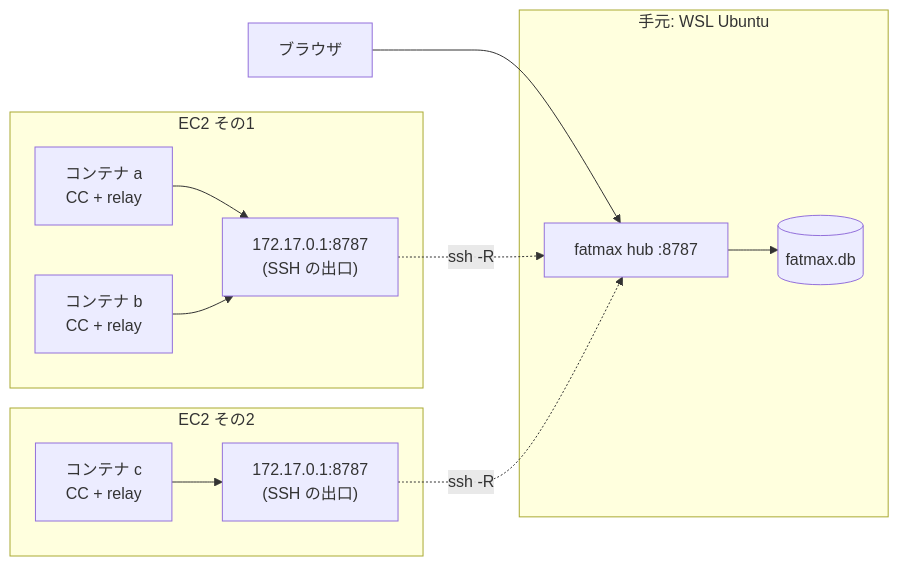
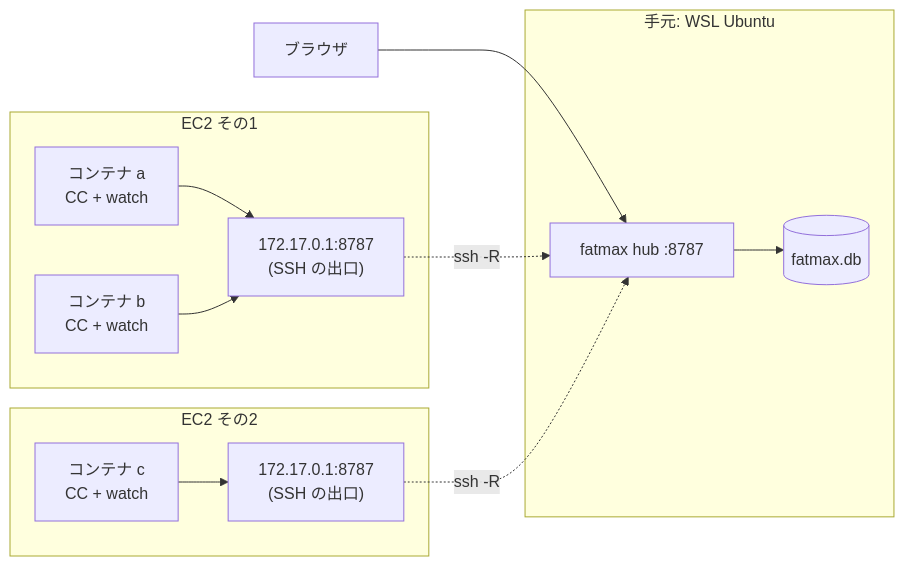
The diagram in INSTALL-ec2.md (nodesi-jp/fatmax), drawn with Mermaid before and after one commit. The commit also changed other lines of this file and 34 other files, not shown here.

````diff
--- a/INSTALL-ec2.md
+++ b/INSTALL-ec2.md
@@ -47,26 +47,26 @@
 ```mermaid
 flowchart LR
   subgraph WSL["手元: WSL Ubuntu"]
     H["fatmax hub :8787"]
     DB[("fatmax.db")]
     H --> DB
   end
   BR["ブラウザ"] --> H
 
   subgraph E1["EC2 その1"]
     G1["172.17.0.1:8787<br/>(SSH の出口)"]
-    C1["コンテナ a<br/>CC + relay"]
-    C2["コンテナ b<br/>CC + relay"]
+    C1["コンテナ a<br/>CC + watch"]
+    C2["コンテナ b<br/>CC + watch"]
     C1 --> G1
     C2 --> G1
   end
 
   subgraph E2["EC2 その2"]
     G2["172.17.0.1:8787<br/>(SSH の出口)"]
-    C3["コンテナ c<br/>CC + relay"]
+    C3["コンテナ c<br/>CC + watch"]
     C3 --> G2
   end
 
   G1 -.->|"ssh -R"| H
   G2 -.->|"ssh -R"| H
 ```
````
